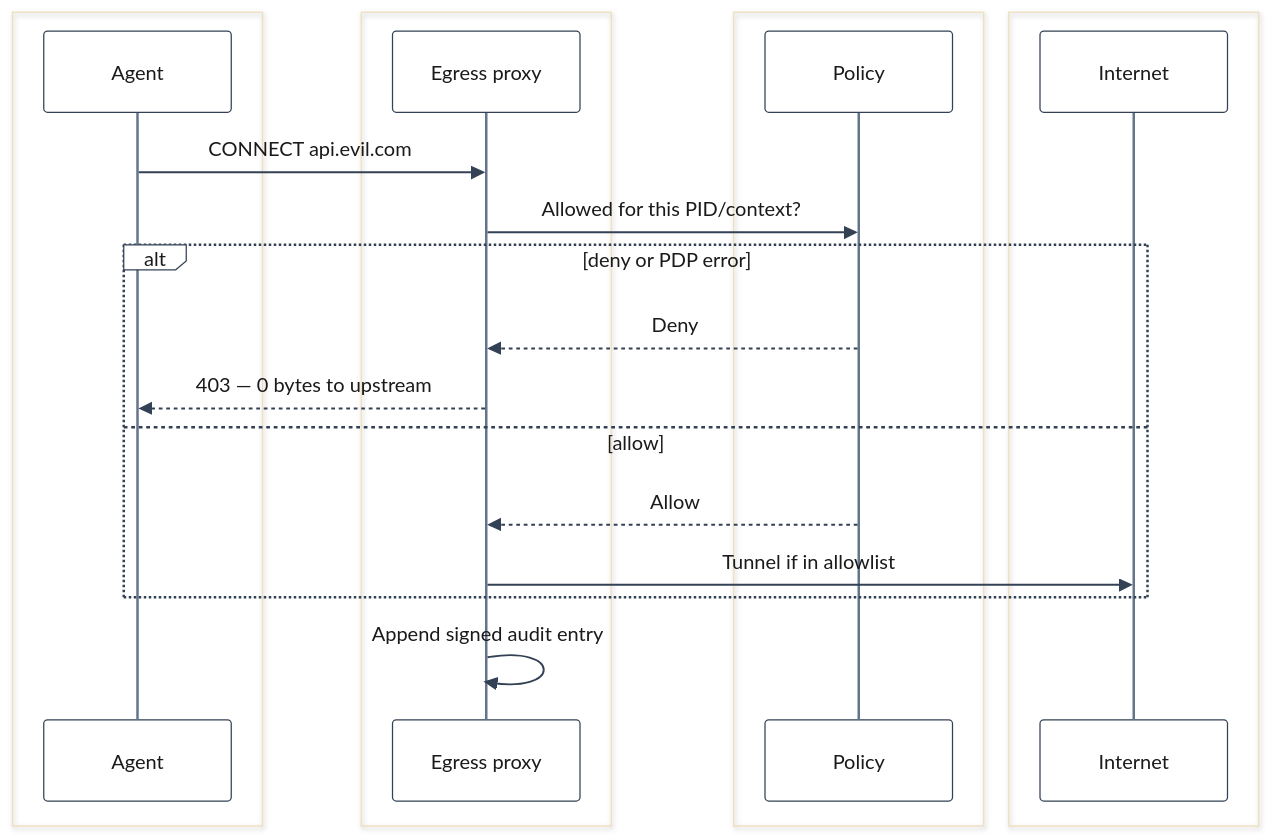
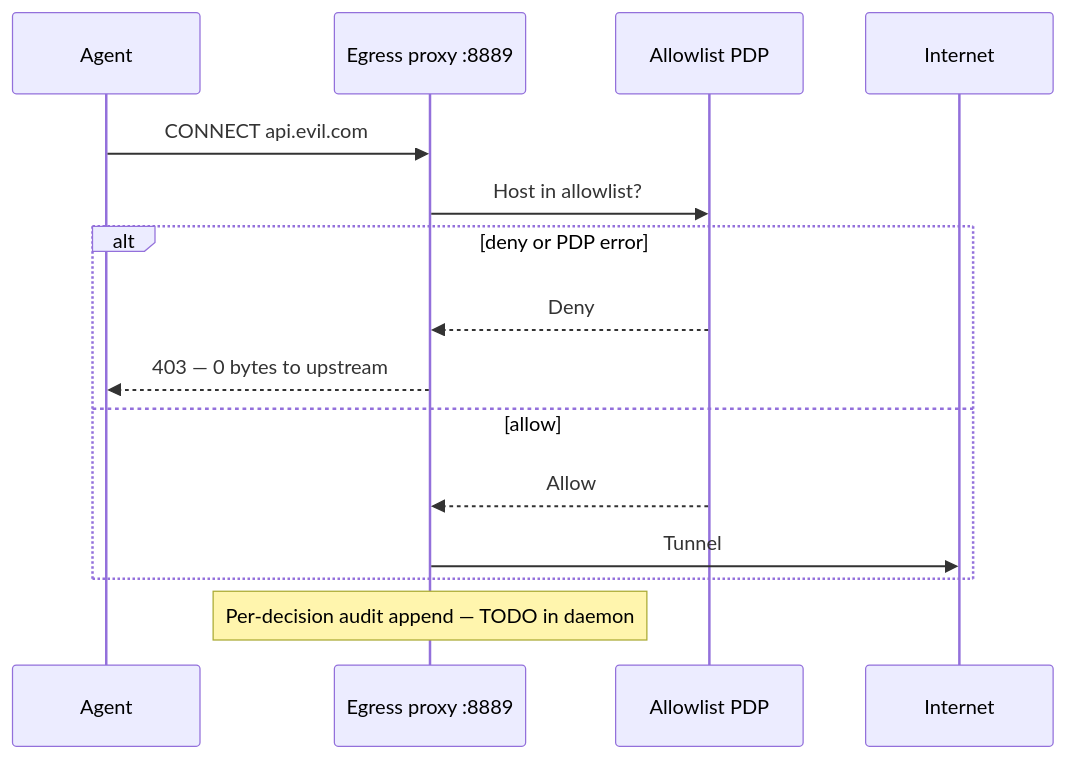
Before and after one commit to aryasoni98/secureops: the second of 3 diagrams in README.md, drawn with Mermaid. The commit also changed other lines of this file and 11 other files, not shown here.

````diff
--- a/README.md
+++ b/README.md
@@ -236,27 +169,18 @@
 ```mermaid
-%%{init: {'theme': 'base', 'themeVariables': {'background': '#FFFFFF', 'actorBkg': '#FFFFFF', 'actorTextColor': '#1A1A1A', 'actorBorder': '#334155', 'actorLineColor': '#64748B', 'signalColor': '#334155', 'signalTextColor': '#1A1A1A', 'noteBkgColor': '#F1F5F9', 'noteTextColor': '#1A1A1A', 'altTextColor': '#1A1A1A'}}}%%
 sequenceDiagram
-  box #D64545 Ring 0
-    participant A as Agent
-  end
-  box #7C3AED PEP
-    participant P as Egress proxy
-  end
-  box #2563EB PDP
-    participant PDP as Policy
-  end
-  box #475569 External
-    participant U as Internet
-  end
+  participant A as Agent
+  participant P as Egress proxy :8889
+  participant PDP as Allowlist PDP
+  participant U as Internet
 
   A->>P: CONNECT api.evil.com
-  P->>PDP: Allowed for this PID/context?
+  P->>PDP: Host in allowlist?
   alt deny or PDP error
     PDP-->>P: Deny
     P-->>A: 403 — 0 bytes to upstream
   else allow
     PDP-->>P: Allow
-    P->>U: Tunnel if in allowlist
+    P->>U: Tunnel
   end
-  P->>P: Append signed audit entry
+  Note over P: Per-decision audit append — TODO in daemon
 ```
````
